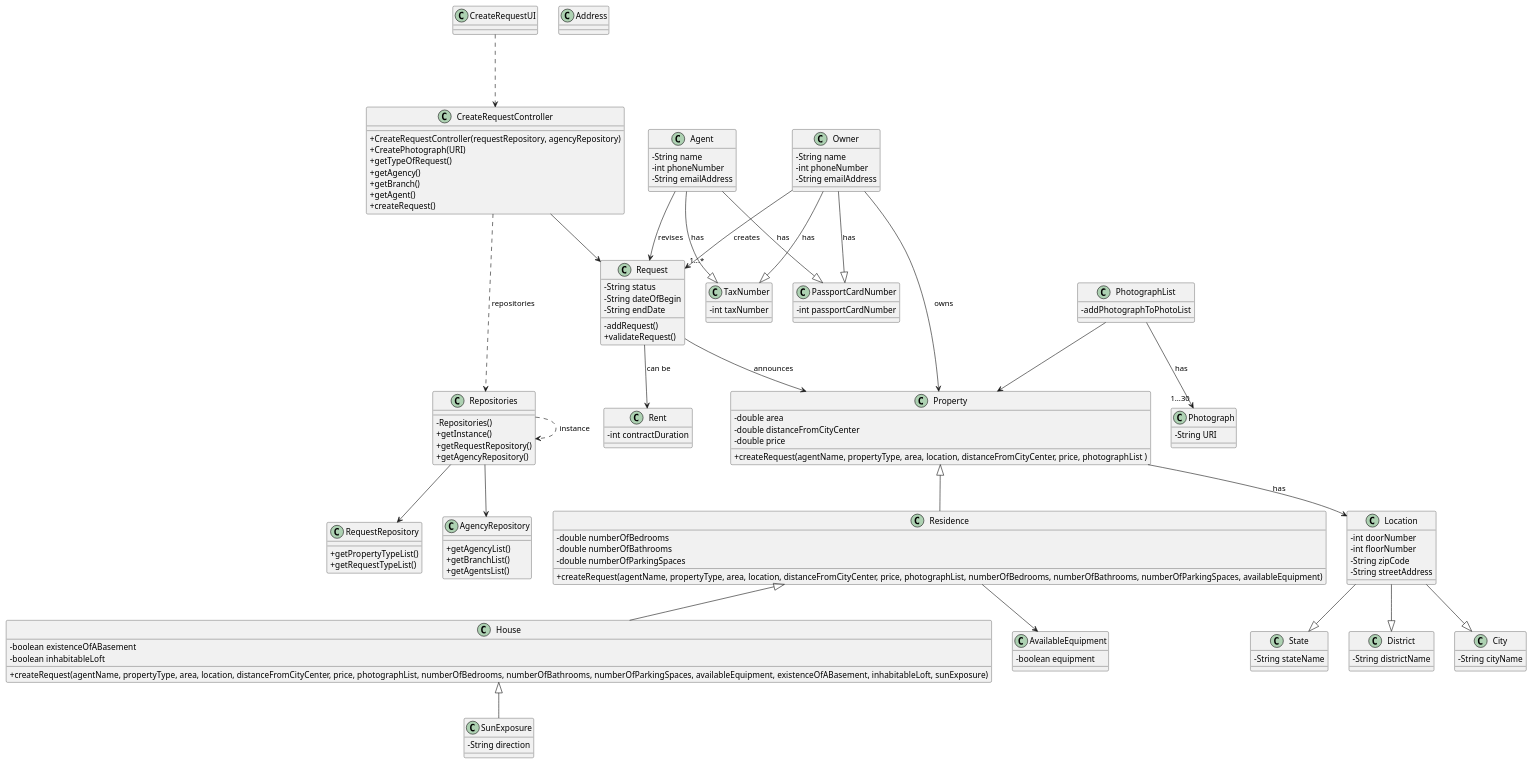
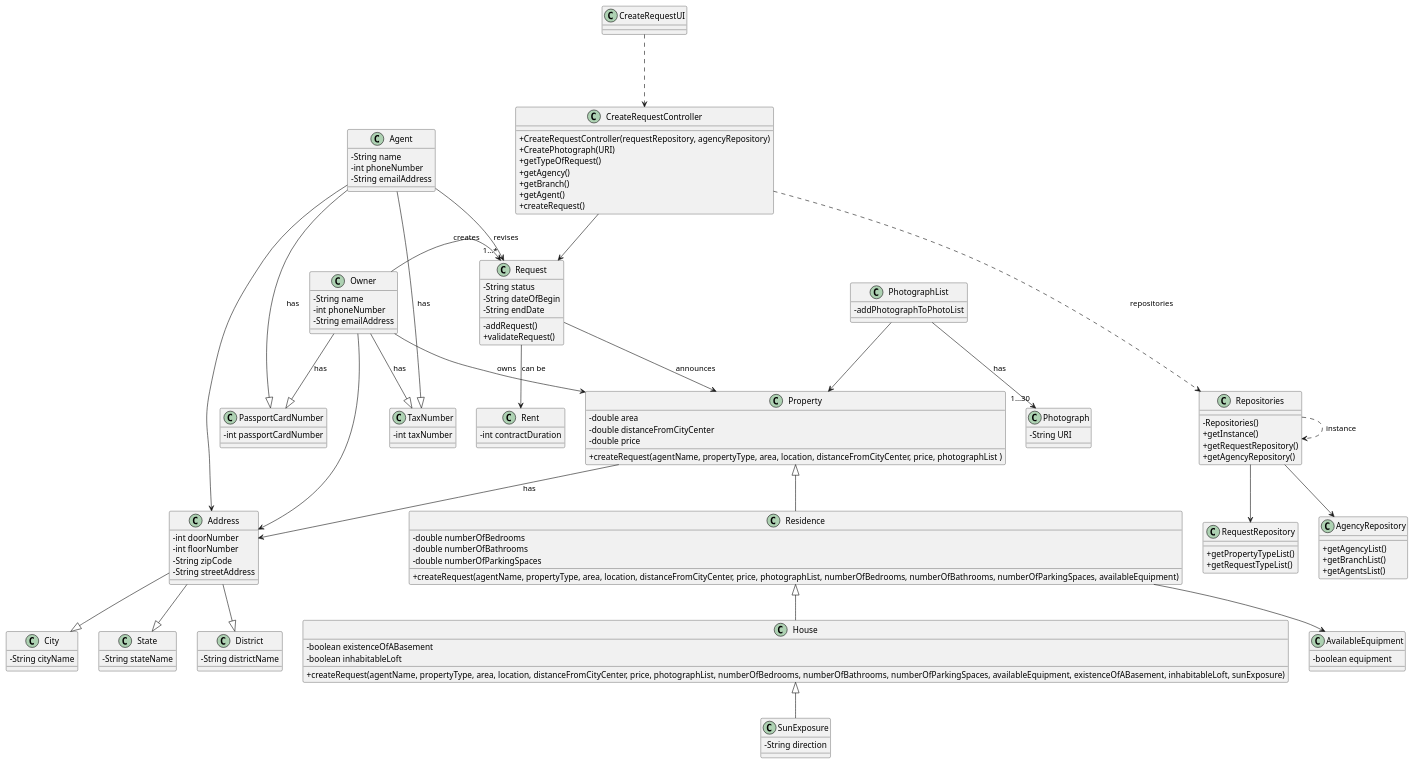
Before and after one commit to 1220812/LAPR2: the diagram in docs/sprintB/us004/03.design/puml/us004-class-diagram.puml, drawn with PlantUML. The commit also changed 19 other files, not shown here.

```diff
--- a/docs/sprintB/us004/03.design/puml/us004-class-diagram.puml
+++ b/docs/sprintB/us004/03.design/puml/us004-class-diagram.puml
@@ -1,152 +1,151 @@
 @startuml
 skinparam classAttributeIconSize 0
 skinparam linetype polylyne
 
 class CreateRequestUI{
 }
 
 class CreateRequestController{
 +CreateRequestController(requestRepository, agencyRepository)
 +CreatePhotograph(URI)
 +getTypeOfRequest()
 +getAgency()
 +getBranch()
 +getAgent()
 +createRequest()
 }
 
 class Repositories{
 -Repositories()
 +getInstance()
 +getRequestRepository()
 +getAgencyRepository()
 }
 
 class RequestRepository{
 +getPropertyTypeList()
 +getRequestTypeList()
 }
 
 class AgencyRepository{
 +getAgencyList()
 +getBranchList()
 +getAgentsList()
 }
 
 class Photograph{
 - String URI
 }
 
 
 class PhotographList{
 -addPhotographToPhotoList
 }
 
 class Request{
 -String status
 -String dateOfBegin
 -String endDate
 -addRequest()
 +validateRequest()
 }
 
 class Property{
 -double area
 -double distanceFromCityCenter
 -double price
 +createRequest(agentName, propertyType, area, location, distanceFromCityCenter, price, photographList )
 }
 
 class Residence{
 -double numberOfBedrooms
 -double numberOfBathrooms
 -double numberOfParkingSpaces
 +createRequest(agentName, propertyType, area, location, distanceFromCityCenter, price, photographList, numberOfBedrooms, numberOfBathrooms, numberOfParkingSpaces, availableEquipment)
 }
 
 class AvailableEquipment{
 -boolean equipment
 }
 
 class House{
 -boolean existenceOfABasement
 -boolean inhabitableLoft
 +createRequest(agentName, propertyType, area, location, distanceFromCityCenter, price, photographList, numberOfBedrooms, numberOfBathrooms, numberOfParkingSpaces, availableEquipment, existenceOfABasement, inhabitableLoft, sunExposure)
 }
 
 class SunExposure{
 -String direction
 }
 
-class Location{
+class Address{
 -int doorNumber
 -int floorNumber
 -String zipCode
 -String streetAddress
 }
 
 class State{
 -String stateName
 }
 
 class District{
 -String districtName
 }
 
 class City{
 -String cityName
 }
 
 class Rent{
 -int contractDuration
 }
 
 class Owner{
 -String name
 -int phoneNumber
 -String emailAddress
 }
 
 class Agent{
 -String name
 -int phoneNumber
 -String emailAddress
 }
 
 class TaxNumber{
 -int taxNumber
 }
 
 class PassportCardNumber{
 -int passportCardNumber
 }
 
-class Address{
-}
-
 CreateRequestUI -.-> CreateRequestController
 Repositories -.-> Repositories : instance
 CreateRequestController -.-> Repositories : repositories
 Repositories --> AgencyRepository
 Repositories --> RequestRepository
-Location --|> State
-Location --|> City
-Location --|> District
+Address --|> State
+Address --|> City
+Address --|> District
 Property <|-- Residence
-Property --> Location : has
+Property --> Address : has
 PhotographList --> Property
 Residence <|-- House
 Residence --> AvailableEquipment
 Request --> Property : announces
 House <|-- SunExposure
 Request --> Rent : can be
 PhotographList --> "1...30" Photograph : has
 CreateRequestController --> Request
 Owner -> Property : owns
 Owner --|> TaxNumber : has
 Owner --|> PassportCardNumber : has
 Agent --|> PassportCardNumber : has
 Agent --|> TaxNumber : has
 Owner -> "1...*" Request : creates
 Agent --> Request : revises
+Agent --> Address
+Owner --> Address
 @enduml
```
